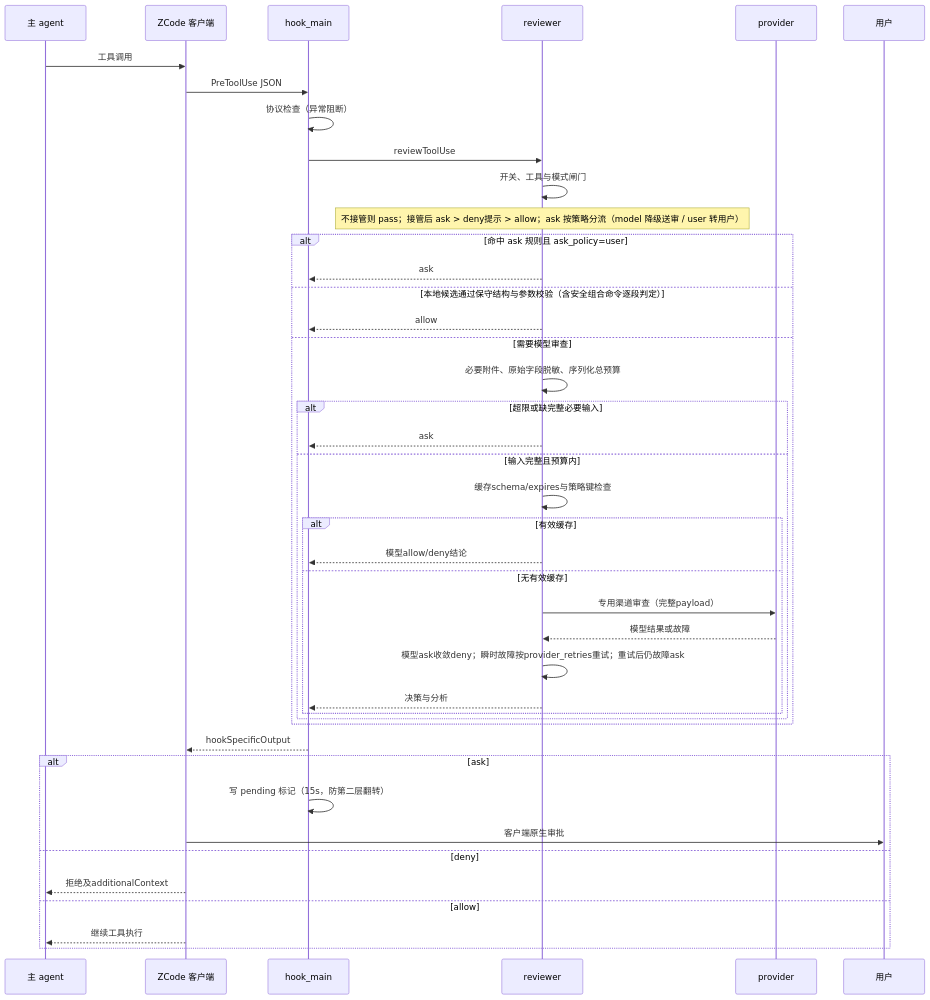
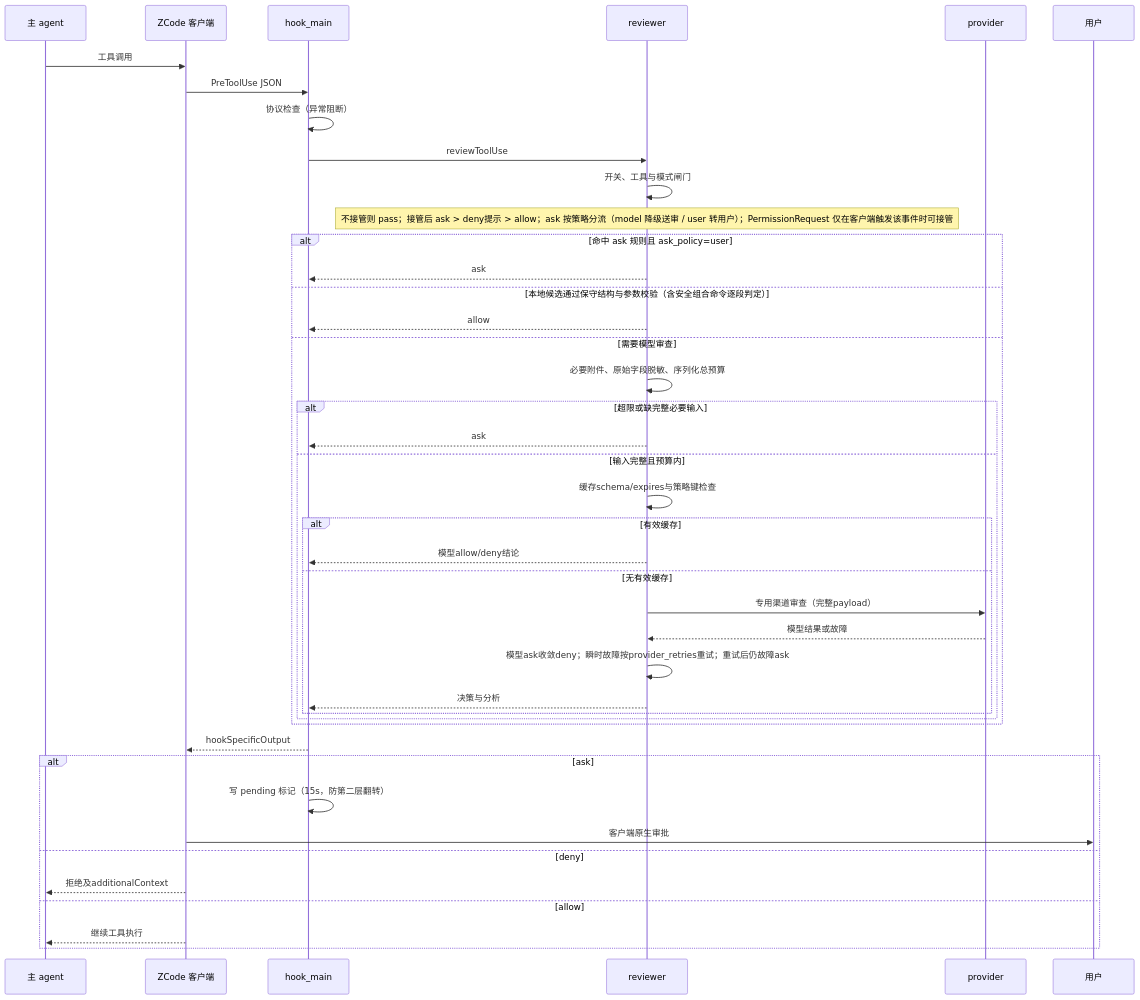
One commit to cy-2-u/zhao changed the first of 4 diagrams in docs/project_wiki/02_开发文档/模块运行流程图.md. Above: the diagram before and after it, drawn with Mermaid. The commit also changed other lines of this file and 25 other files, not shown here.

Commit message:
release 0.6.1：PermissionRequest 协议对齐 decision.behavior/message；敏感文件/畸形输入快速通道收紧；pending 标记三态回退；provider 120s 预算收敛重试；关机门槛默认送审模型；全量文档与版本清单同步

````diff
--- a/docs/project_wiki/02_开发文档/模块运行流程图.md
+++ b/docs/project_wiki/02_开发文档/模块运行流程图.md
@@ -5,44 +5,44 @@
 ```mermaid
 sequenceDiagram
     participant M as 主 agent
     participant Z as ZCode 客户端
     participant H as hook_main
     participant R as reviewer
     participant P as provider
     participant U as 用户
     M->>Z: 工具调用
     Z->>H: PreToolUse JSON
     H->>H: 协议检查（异常阻断）
     H->>R: reviewToolUse
     R->>R: 开关、工具与模式闸门
-    Note over R: 不接管则 pass；接管后 ask > deny提示 > allow；ask 按策略分流（model 降级送审 / user 转用户）
+    Note over R: 不接管则 pass；接管后 ask > deny提示 > allow；ask 按策略分流（model 降级送审 / user 转用户）；PermissionRequest 仅在客户端触发该事件时可接管
     alt 命中 ask 规则且 ask_policy=user
         R-->>H: ask
     else 本地候选通过保守结构与参数校验（含安全组合命令逐段判定）
         R-->>H: allow
     else 需要模型审查
         R->>R: 必要附件、原始字段脱敏、序列化总预算
         alt 超限或缺完整必要输入
             R-->>H: ask
         else 输入完整且预算内
             R->>R: 缓存schema/expires与策略键检查
             alt 有效缓存
                 R-->>H: 模型allow/deny结论
             else 无有效缓存
                 R->>P: 专用渠道审查（完整payload）
                 P-->>R: 模型结果或故障
                 R->>R: 模型ask收敛deny；瞬时故障按provider_retries重试；重试后仍故障ask
                 R-->>H: 决策与分析
             end
         end
     end
     H-->>Z: hookSpecificOutput
     alt ask
         H->>H: 写 pending 标记（15s，防第二层翻转）
         Z->>U: 客户端原生审批
     else deny
         Z-->>M: 拒绝及additionalContext
     else allow
         Z-->>M: 继续工具执行
     end
 ```
````
